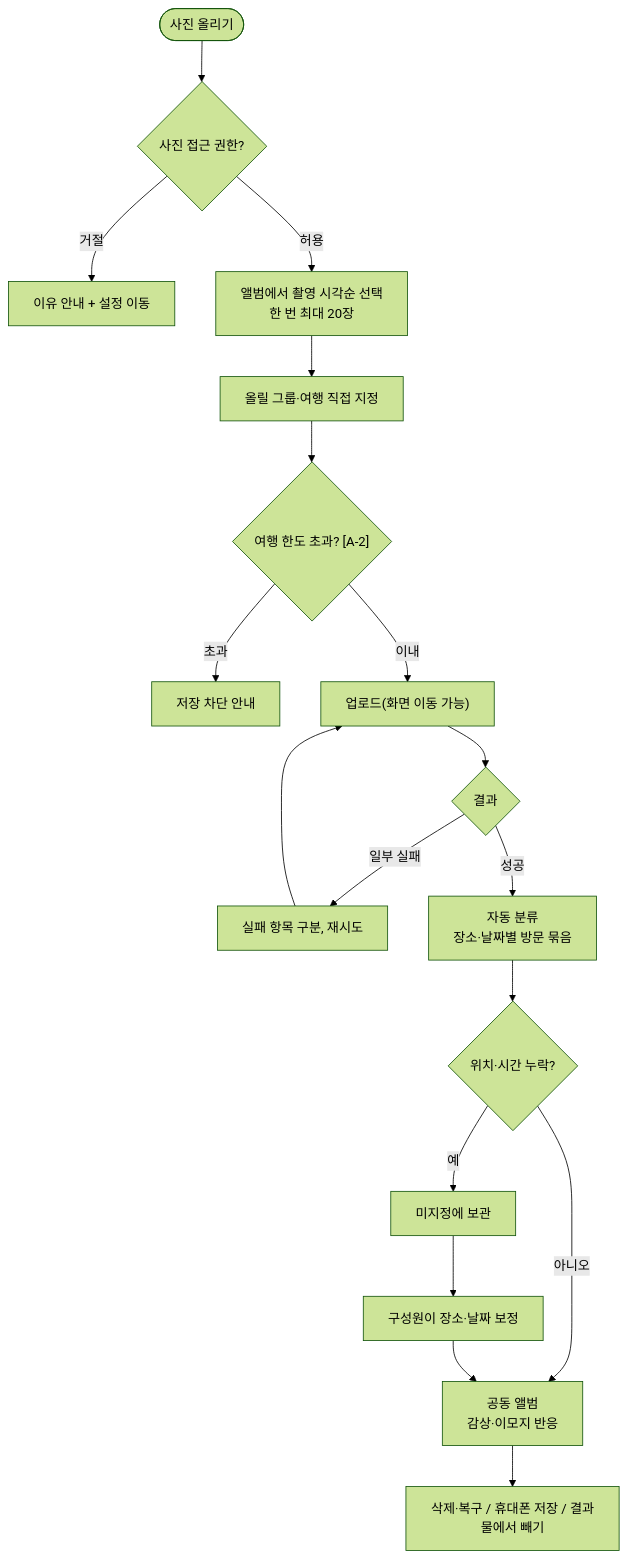
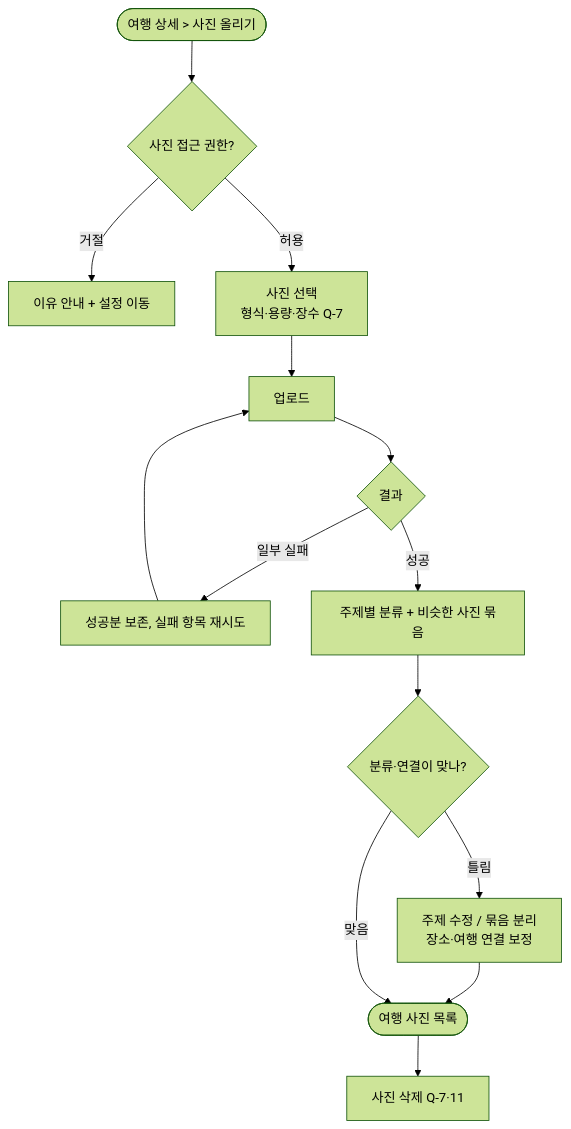
Diagram 17 of 24 in docs/flow/user-flow.md (a204-eodilog/eodilog), drawn with Mermaid (forest theme) before and after one commit. The commit also changed other lines of this file, not shown here.

````diff
--- a/docs/flow/user-flow.md
+++ b/docs/flow/user-flow.md
@@ -183,18 +370,14 @@
 ```mermaid
 flowchart TD
-    UP(["사진 올리기"]) --> PERM{"사진 접근 권한?"}
+    UP(["여행 상세 > 사진 올리기"]) --> PERM{"사진 접근 권한?"}
     PERM -- "거절" --> SET["이유 안내 + 설정 이동"]
-    PERM -- "허용" --> PICK["앨범에서 촬영 시각순 선택<br/>한 번 최대 20장"]
-    PICK --> DEST["올릴 그룹·여행 직접 지정"]
-    DEST --> LIM{"여행 한도 초과? [A-2]"}
-    LIM -- "초과" --> BLK["저장 차단 안내"]
-    LIM -- "이내" --> SEND["업로드(화면 이동 가능)"]
+    PERM -- "허용" --> PICK["사진 선택<br/>형식·용량·장수 Q-7"]
+    PICK --> SEND["업로드"]
     SEND --> RES{"결과"}
-    RES -- "일부 실패" --> RETRY["실패 항목 구분, 재시도"] --> SEND
-    RES -- "성공" --> CLS["자동 분류<br/>장소·날짜별 방문 묶음"]
-    CLS --> UNK{"위치·시간 누락?"}
-    UNK -- "예" --> UNS["미지정에 보관"] --> FIX["구성원이 장소·날짜 보정"]
-    UNK -- "아니오" --> ALB
-    FIX --> ALB["공동 앨범<br/>감상·이모지 반응"]
-    ALB --> MNG["삭제·복구 / 휴대폰 저장 / 결과물에서 빼기"]
+    RES -- "일부 실패" --> PART["성공분 보존, 실패 항목 재시도"] --> SEND
+    RES -- "성공" --> CLS["주제별 분류 + 비슷한 사진 묶음"]
+    CLS --> CHK{"분류·연결이 맞나?"}
+    CHK -- "틀림" --> FIX["주제 수정 / 묶음 분리<br/>장소·여행 연결 보정"] --> ALB
+    CHK -- "맞음" --> ALB(["여행 사진 목록"])
+    ALB --> DEL["사진 삭제 Q-7·11"]
 ```
````
